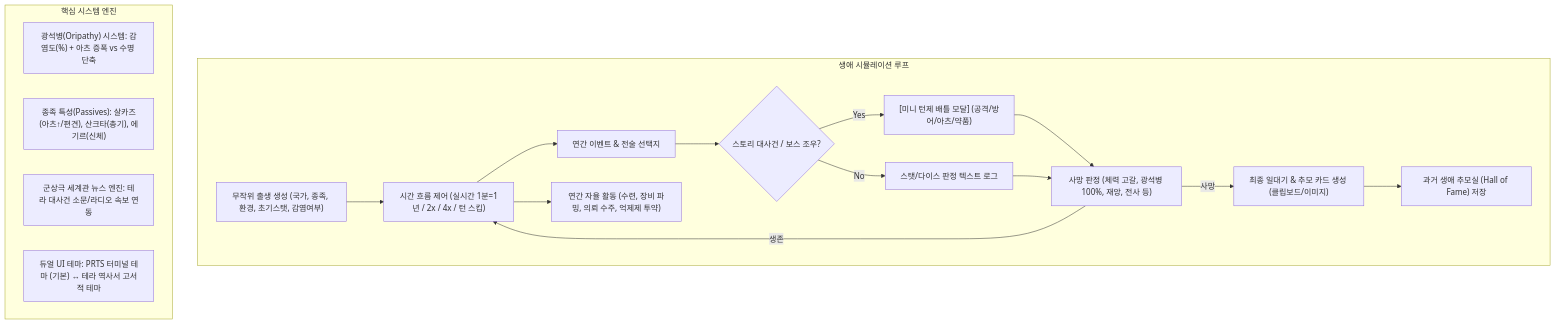
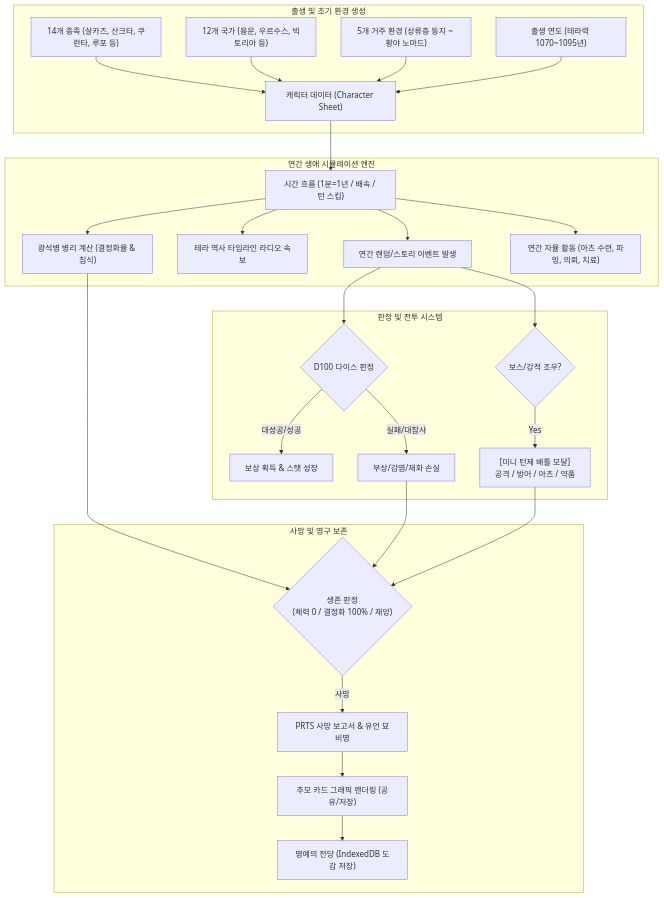
Before and after one commit to nicks2809/IF-terra-life: the first of 2 diagrams in PLAN.md, drawn with Mermaid. The commit also changed other lines of this file and 1 other file, not shown here.

Commit message:
docs: expand Terra Life specification with deep Arknights lore, mechanics, and implementation plan

````diff
--- a/PLAN.md
+++ b/PLAN.md
@@ -13,23 +29,34 @@
 ```mermaid
-flowchart TD
-    subgraph CoreLoop [생애 시뮬레이션 루프]
-        A["무작위 출생 생성 (국가, 종족, 환경, 초기스탯, 감염여부)"] --> B["시간 흐름 제어 (실시간 1분=1년 / 2x / 4x / 턴 스킵)"]
-        B --> C["연간 이벤트 & 전술 선택지"]
-        B --> D["연간 자율 활동 (수련, 장비 파밍, 의뢰 수주, 억제제 투약)"]
-        C --> E{"스토리 대사건 / 보스 조우?"}
-        E -- "Yes" --> F["[미니 턴제 배틀 모달] (공격/방어/아츠/약품)"]
-        E -- "No" --> G["스탯/다이스 판정 텍스트 로그"]
-        F --> H["사망 판정 (체력 고갈, 광석병 100%, 재앙, 전사 등)"]
-        G --> H
-        H -- "생존" --> B
-        H -- "사망" --> I["최종 일대기 & 추모 카드 생성 (클립보드/이미지)"]
-        I --> J["과거 생애 추모실 (Hall of Fame) 저장"]
+graph TD
+    subgraph BirthOrigin [출생 및 초기 환경 생성]
+        R["14개 종족 (살카즈, 산크타, 쿠란타, 루포 등)"] --> C["캐릭터 데이터 (Character Sheet)"]
+        N["12개 국가 (용문, 우르수스, 빅토리아 등)"] --> C
+        E["5개 거주 환경 (상류층 둥지 ~ 황야 노마드)"] --> C
+        Y["출생 연도 (테라력 1070~1095년)"] --> C
     end
 
-    subgraph Systems [핵심 시스템 엔진]
-        S1["광석병(Oripathy) 시스템: 감염도(%) + 아츠 증폭 vs 수명 단축"]
-        S2["종족 특성(Passives): 살카즈(아츠↑/편견), 산크타(총기), 에기르(신체)"]
-        S3["군상극 세계관 뉴스 엔진: 테라 대사건 소문/라디오 속보 연동"]
-        S4["듀얼 UI 테마: PRTS 터미널 테마 (기본) ↔ 테라 역사서 고서적 테마"]
+    subgraph LifeCycle [연간 생애 시뮬레이션 엔진]
+        C --> T["시간 흐름 (1분=1년 / 배속 / 턴 스킵)"]
+        T --> Ori["광석병 병리 계산 (결정화율 & 침식)"]
+        T --> News["테라 역사 타임라인 라디오 속보"]
+        T --> Ev["연간 랜덤/스토리 이벤트 발생"]
+        T --> Act["연간 자율 활동 (아츠 수련, 파밍, 의뢰, 치료)"]
+    end
+
+    subgraph Decision [판정 및 전투 시스템]
+        Ev --> D100{"D100 다이스 판정"}
+        D100 -->|"대성공/성공"| Rew["보상 획득 & 스탯 성장"]
+        D100 -->|"실패/대참사"| Pen["부상/감염/재화 손실"]
+        Ev --> Battle{"보스/강적 조우?"}
+        Battle -->|"Yes"| Modal["[미니 턴제 배틀 모달]<br/>공격 / 방어 / 아츠 / 약품"]
+    end
+
+    subgraph Termination [사망 및 영구 보존]
+        Ori --> DeathCheck{"생존 판정<br/>(체력 0 / 결정화 100% / 재앙)"}
+        Pen --> DeathCheck
+        Modal --> DeathCheck
+        DeathCheck -->|"사망"| PRTS["PRTS 사망 보고서 & 유언 묘비명"]
+        PRTS --> Card["추모 카드 그래픽 렌더링 (공유/저장)"]
+        Card --> Hall["명예의 전당 (IndexedDB 도감 저장)"]
     end
 ```
````
